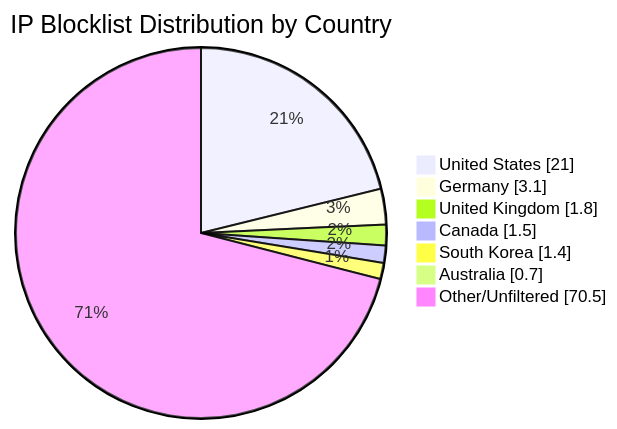
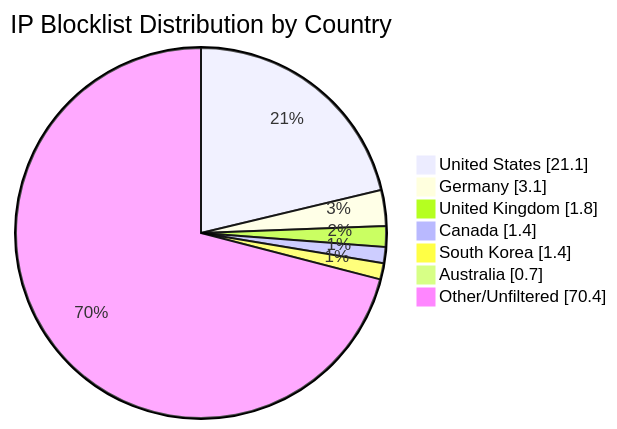
Before and after one commit to MarcusHoltz/ipblocklist-geofiltered-aggregator: the diagram in README.md, drawn with Mermaid. The commit also changed other lines of this file and 9 other files, not shown here.

````diff
--- a/README.md
+++ b/README.md
@@ -34,10 +34,10 @@
 ```mermaid
 pie showData title IP Blocklist Distribution by Country
-"United States" : 21.0
+"United States" : 21.1
 "Germany" : 3.1
 "United Kingdom" : 1.8
-"Canada" : 1.5
+"Canada" : 1.4
 "South Korea" : 1.4
 "Australia" : 0.7
-"Other/Unfiltered" : 70.5
+"Other/Unfiltered" : 70.4
 ```
````
